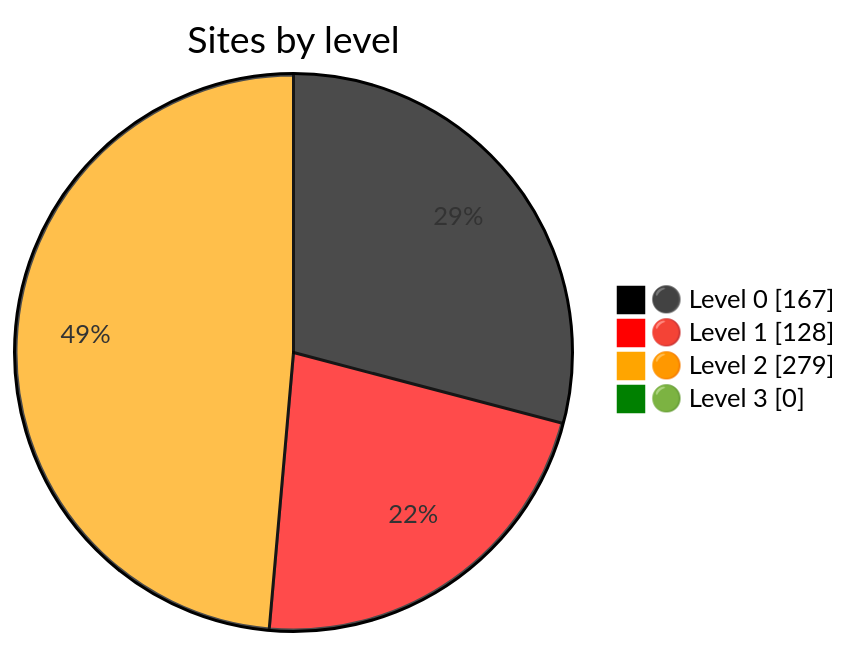
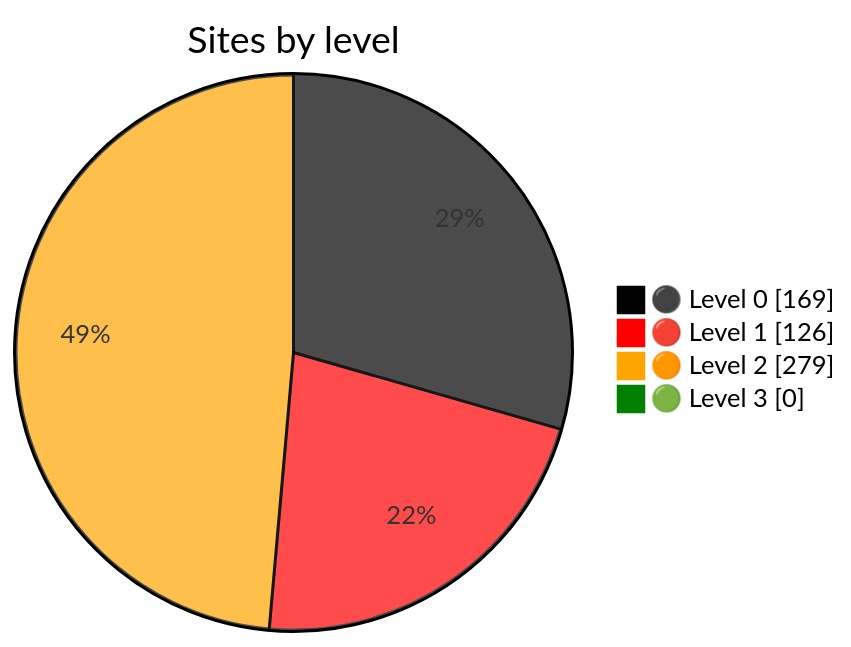
The diagram in README.md (Dushmilan/gov_lk_web_auditor), drawn with Mermaid before and after one commit. The commit also changed other lines of this file and 2604 other files, not shown here.

````diff
--- a/README.md
+++ b/README.md
@@ -24,9 +24,9 @@
 ```mermaid
 %%{init: {"themeVariables":{"pie1":"black","pie2":"red","pie3":"orange","pie4":"green"}}}%%
 pie showData
     title Sites by level
-    "⚫ Level 0" : 167
-    "🔴 Level 1" : 128
+    "⚫ Level 0" : 169
+    "🔴 Level 1" : 126
     "🟠 Level 2" : 279
     "🟢 Level 3" : 0
 ```
````
